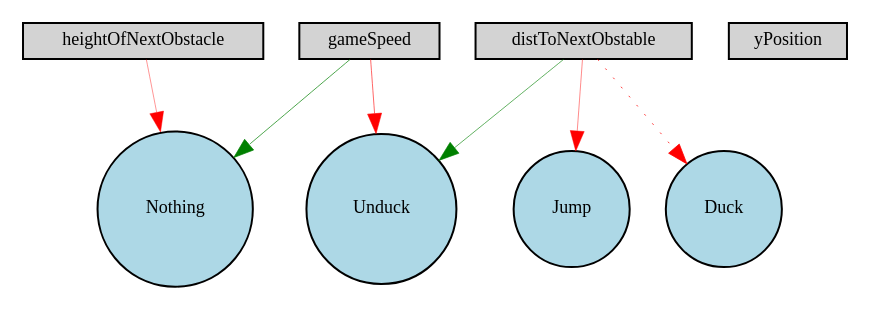
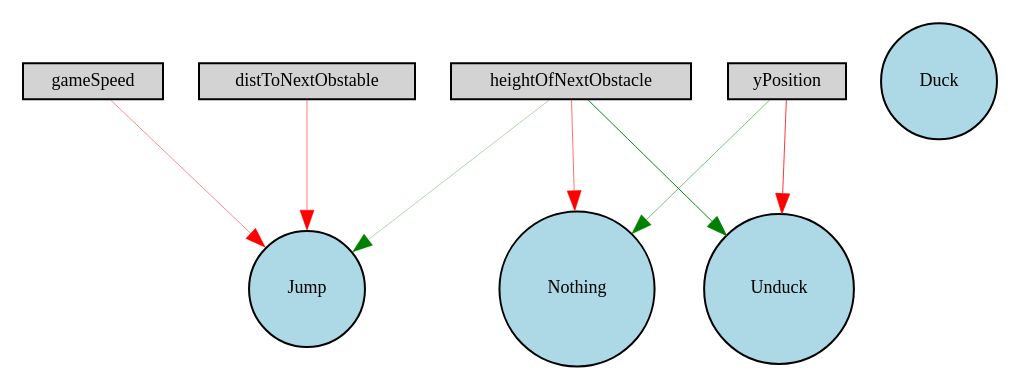
The diagram in src/Digraph.gv (DoKevinator/google-dinosaur-deep-learning), drawn with Graphviz before and after one commit. The commit also changed 5 other files, not shown here.

```diff
--- a/src/Digraph.gv
+++ b/src/Digraph.gv
@@ -1,17 +1,18 @@
 digraph {
 	node [fontsize=9 height=0.2 shape=circle width=0.2]
 	gameSpeed [fillcolor=lightgray shape=box style=filled]
 	yPosition [fillcolor=lightgray shape=box style=filled]
 	distToNextObstable [fillcolor=lightgray shape=box style=filled]
 	heightOfNextObstacle [fillcolor=lightgray shape=box style=filled]
 	Jump [fillcolor=lightblue style=filled]
 	Duck [fillcolor=lightblue style=filled]
 	Unduck [fillcolor=lightblue style=filled]
 	Nothing [fillcolor=lightblue style=filled]
-	gameSpeed -> Nothing [color=green penwidth=0.348212061351146 style=solid]
-	gameSpeed -> Unduck [color=red penwidth=0.2991451331814241 style=solid]
-	distToNextObstable -> Jump [color=red penwidth=0.23226128051886455 style=solid]
-	distToNextObstable -> Duck [color=red penwidth=0.3937646022225092 style=dotted]
-	heightOfNextObstacle -> Nothing [color=red penwidth=0.21008656042348467 style=solid]
-	distToNextObstable -> Unduck [color=green penwidth=0.3057582404834559 style=solid]
+	heightOfNextObstacle -> Jump [color=green penwidth=0.15651046058562537 style=solid]
+	distToNextObstable -> Jump [color=red penwidth=0.2639688447488414 style=solid]
+	yPosition -> Unduck [color=red penwidth=0.39654846158466905 style=solid]
+	heightOfNextObstacle -> Unduck [color=green penwidth=0.48030603648757 style=solid]
+	gameSpeed -> Jump [color=red penwidth=0.227616975711503 style=solid]
+	heightOfNextObstacle -> Nothing [color=red penwidth=0.28390565547545094 style=solid]
+	yPosition -> Nothing [color=green penwidth=0.25694034138160415 style=solid]
 }
```
